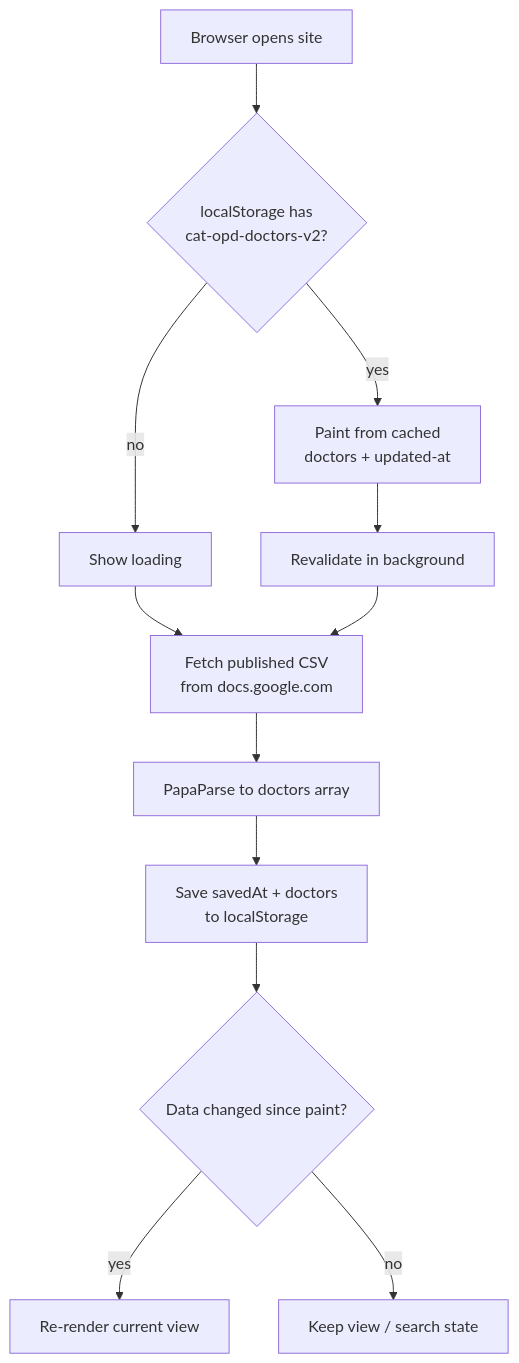
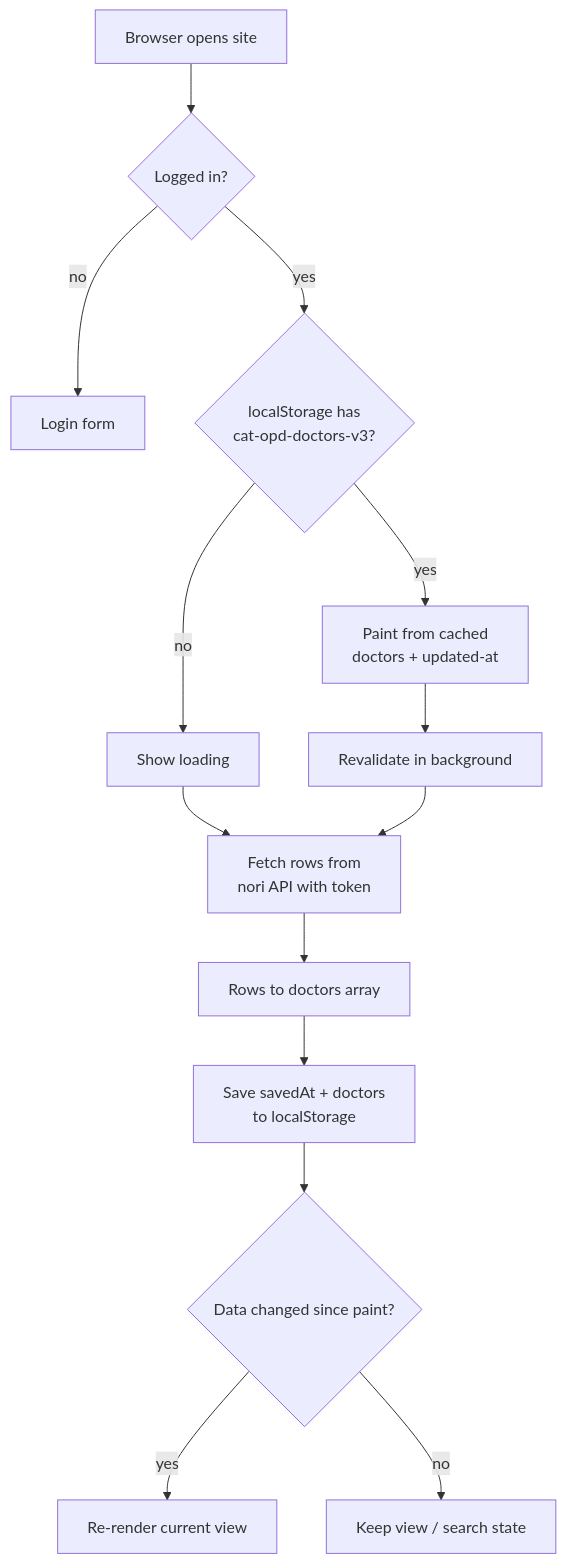
Before and after one commit to ssupawat/cat-opd-schedule-site: the diagram in README.md, drawn with Mermaid. The commit also changed other lines of this file and 4 other files, not shown here.

First line of the commit message:
Switch data source from CSV to nori API with login (#1)

````diff
--- a/README.md
+++ b/README.md
@@ -13,14 +14,16 @@
 ```mermaid
 flowchart TD
-    A[Browser opens site] --> B{"localStorage has<br>cat-opd-doctors-v2?"}
+    A[Browser opens site] --> L{"Logged in?"}
+    L -- no --> LG[Login form]
+    L -- yes --> B{"localStorage has<br>cat-opd-doctors-v3?"}
     B -- yes --> C["Paint from cached<br>doctors + updated-at"]
     C --> D[Revalidate in background]
     B -- no --> E[Show loading]
-    E --> F["Fetch published CSV<br>from docs.google.com"]
+    E --> F["Fetch rows from<br>nori API with token"]
     D --> F
-    F --> G[PapaParse to doctors array]
+    F --> G[Rows to doctors array]
     G --> H["Save savedAt + doctors<br>to localStorage"]
     H --> I{"Data changed since paint?"}
     I -- yes --> J[Re-render current view]
     I -- no --> K["Keep view / search state"]
 ```
````
